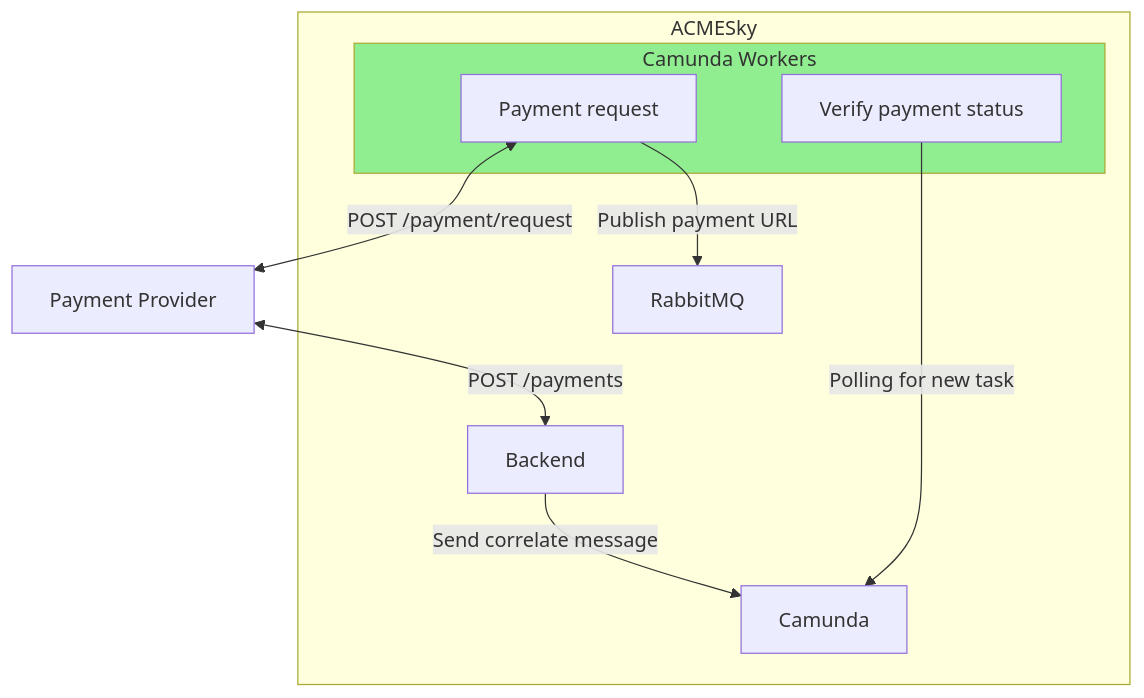
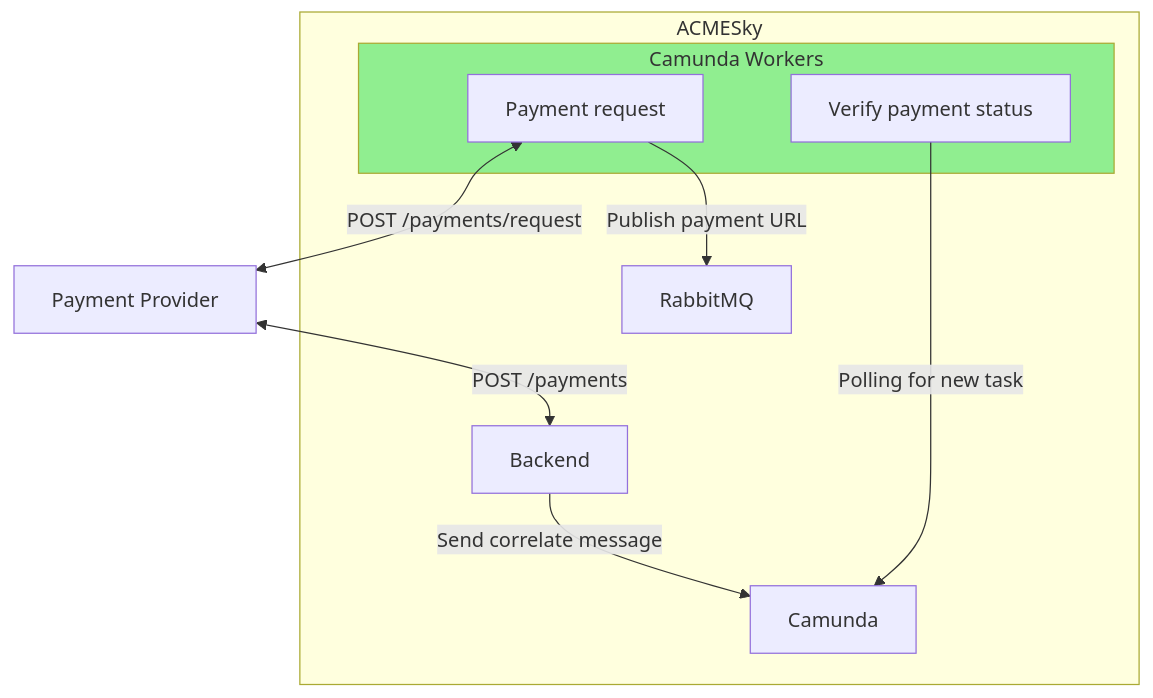
Before and after one commit to sosengers/project-documentation: the seventh of 8 diagrams in docs/implementazione/acmesky.md, drawn with Mermaid. The commit also changed other lines of this file and 1 other file, not shown here.

````diff
--- a/docs/implementazione/acmesky.md
+++ b/docs/implementazione/acmesky.md
@@ -178,19 +181,19 @@
 ```mermaid
 graph TD
-CW1 <-->|POST /payment/request| PP[Payment Provider]
+CW1 <-->|POST /payments/request| PP[Payment Provider]
 CW1 -->|Publish payment URL|R
 PP[Payment Provider] <-->|POST /payments| BE
 BE -->|Send correlate message| C
 CW2 -->|Polling for new task| C
 subgraph ACMESky
 BE[Backend]
 C[Camunda]
 R[RabbitMQ]
 subgraph Camunda-Workers[Camunda Workers]
 CW1[Payment request]
 CW2[Verify payment status]
 end
 end
 
 style Camunda-Workers fill:#90EE90
 ```
````
